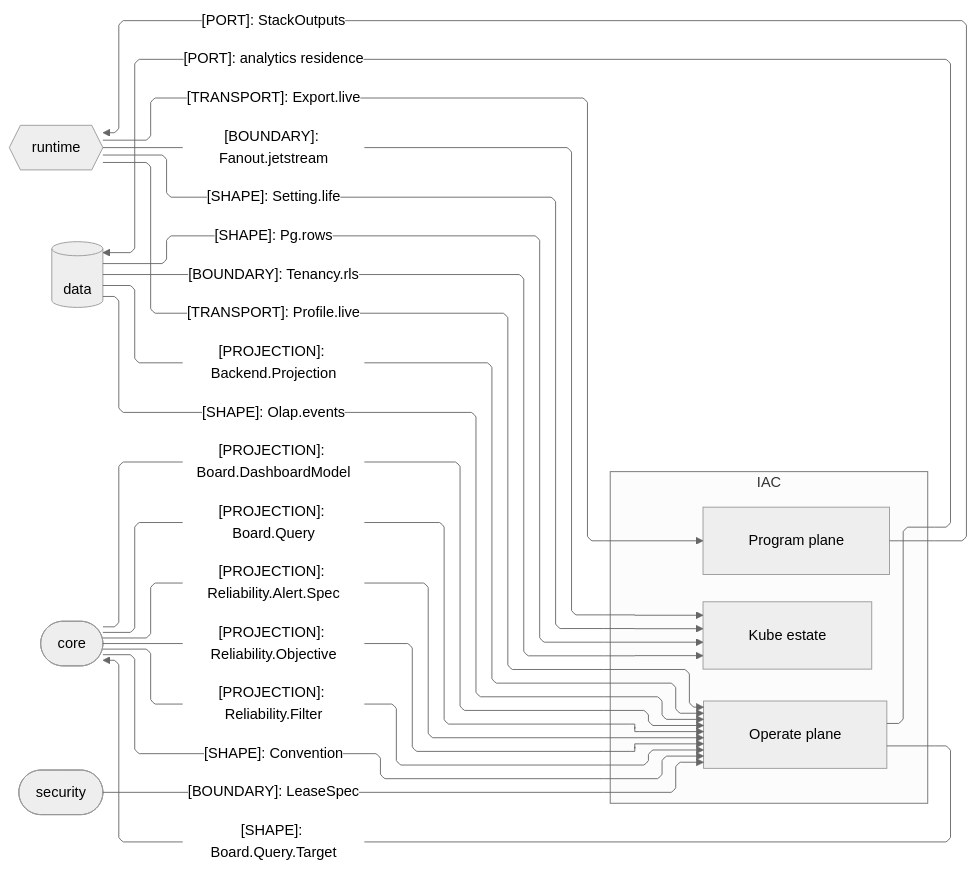
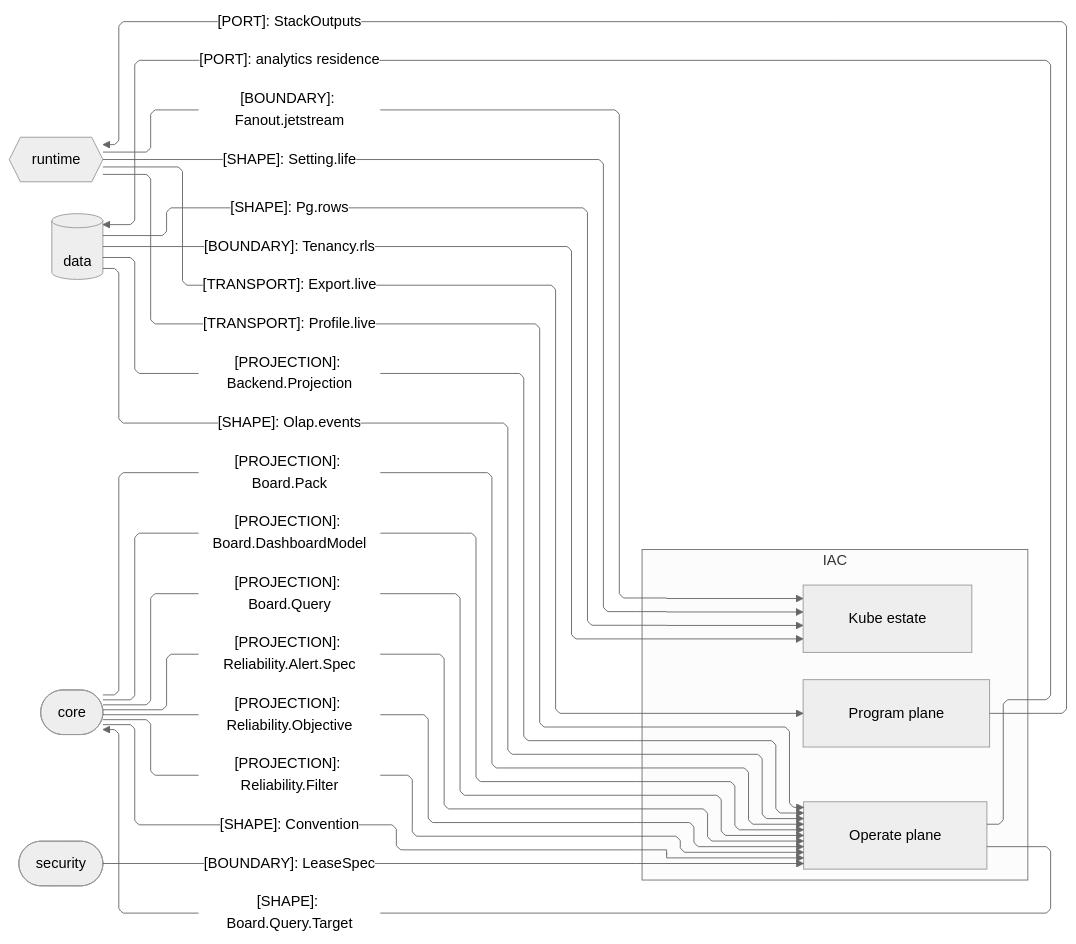
The second of 3 diagrams in libs/typescript/iac/ARCHITECTURE.md (bsamiee/Rasm), drawn with Mermaid (neutral theme) before and after one commit. The commit also changed 167 other files, not shown here.

````diff
--- a/libs/typescript/iac/ARCHITECTURE.md
+++ b/libs/typescript/iac/ARCHITECTURE.md
@@ -80,39 +80,40 @@
 ```mermaid
 ---
 config:
   layout: elk
   flowchart:
     curve: linear
     padding: 25
 ---
 flowchart LR
     accTitle: IaC package seam registry
     accDescr: IaC owners exchanging stack outputs, data-plane shapes, board packs, and lease custody with runtime, data, core, and security.
     subgraph iac[IAC]
         Program[Program plane]
         Operate[Operate plane]
         Kube[Kube estate]
     end
     Runtime{{runtime}}
     Data[(data)]
     Core([core])
     Security([security])
     Program e1@-->|"[PORT]: StackOutputs"| Runtime
     Data e2@-->|"[SHAPE]: Pg.rows"| Kube
     Data e3@-->|"[BOUNDARY]: Tenancy.rls"| Kube
     Data e4@-->|"[PROJECTION]: Backend.Projection"| Operate
     Data e18@-->|"[SHAPE]: Olap.events"| Operate
+    Core e19@-->|"[PROJECTION]: Board.Pack"| Operate
     Runtime e5@-->|"[BOUNDARY]: Fanout.jetstream"| Kube
     Runtime e6@-->|"[SHAPE]: Setting.life"| Kube
     Runtime e7@-->|"[TRANSPORT]: Export.live"| Program
     Runtime e8@-->|"[TRANSPORT]: Profile.live"| Operate
     Core e9@-->|"[PROJECTION]: Board.DashboardModel"| Operate
     Core e10@-->|"[PROJECTION]: Board.Query"| Operate
     Core e11@-->|"[PROJECTION]: Reliability.Alert.Spec"| Operate
     Core e12@-->|"[PROJECTION]: Reliability.Objective"| Operate
     Core e13@-->|"[PROJECTION]: Reliability.Filter"| Operate
     Core e14@-->|"[SHAPE]: Convention"| Operate
     Security e15@-->|"[BOUNDARY]: LeaseSpec"| Operate
     Operate e16@-->|"[PORT]: analytics residence"| Data
     Operate e17@-->|"[SHAPE]: Board.Query.Target"| Core
 ```
````
